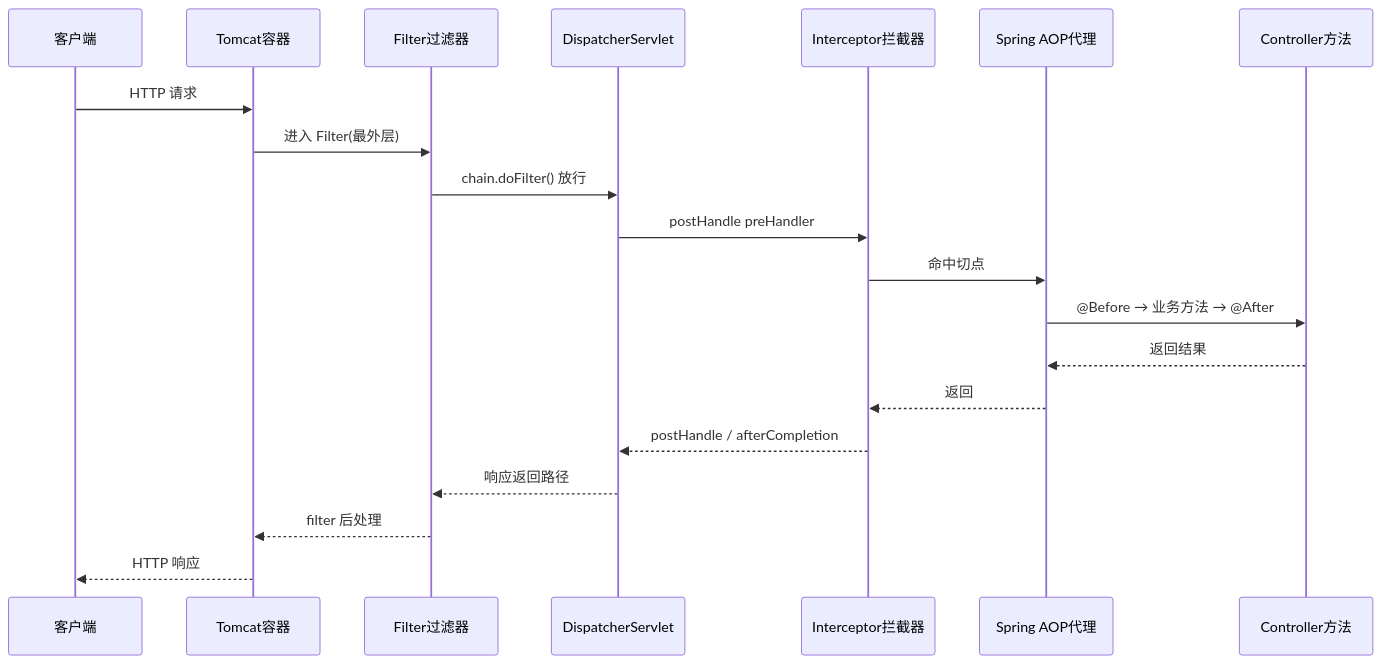
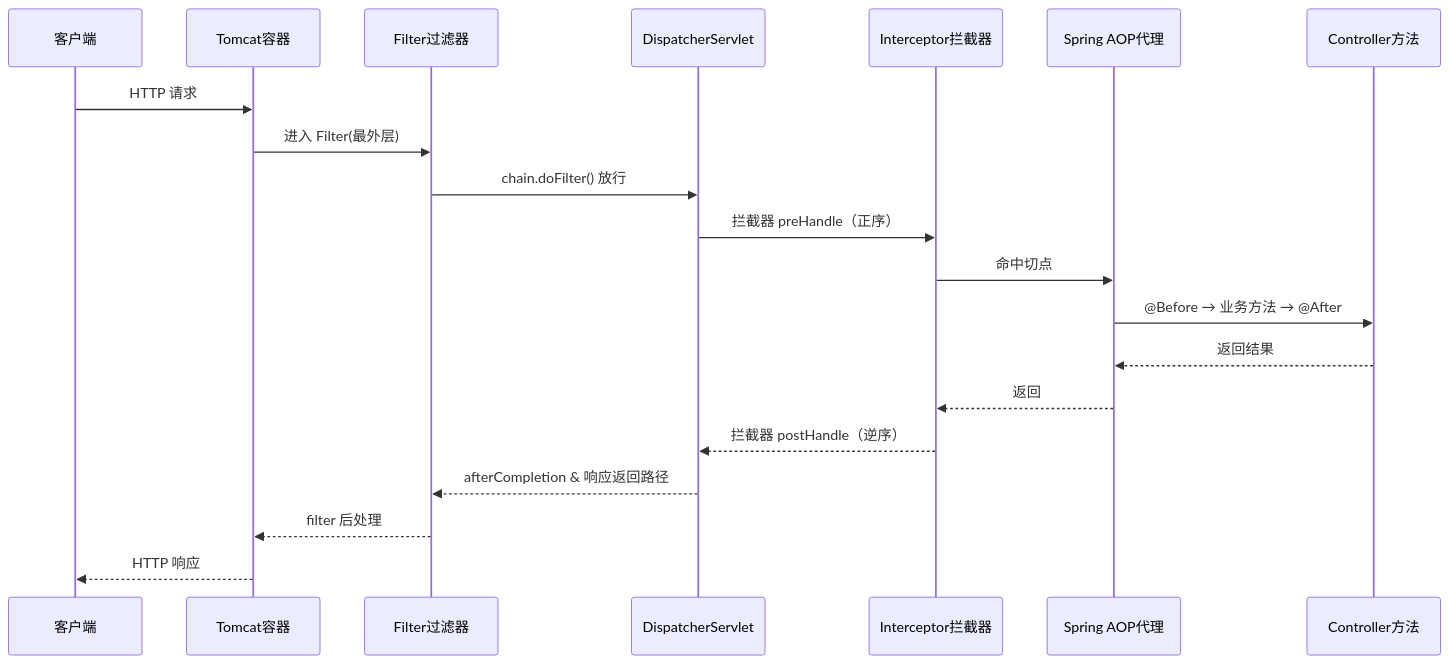
The first of 2 diagrams in Java/spring/15-Filter过滤器详解与三层对比.md (plyrlub/notebook), drawn with Mermaid before and after one commit. The commit also changed 1 other file, not shown here.

Commit message:
同步修正postHandle归属:03/15时序图DispatcherServlet回退逆序调拦截器

````diff
--- a/Java/spring/15-Filter过滤器详解与三层对比.md
+++ b/Java/spring/15-Filter过滤器详解与三层对比.md
@@ -161,23 +161,23 @@
 ```mermaid
 sequenceDiagram
     participant C as 客户端
     participant T as Tomcat容器
     participant F as Filter过滤器
     participant DS as DispatcherServlet
     participant I as Interceptor拦截器
     participant AOP as Spring AOP代理
     participant M as Controller方法
 
     C->>T: HTTP 请求
     T->>F: 进入 Filter(最外层)
     F->>DS: chain.doFilter() 放行
-    DS->>I: postHandle preHandler
+    DS->>I: 拦截器 preHandle（正序）
     I->>AOP: 命中切点
     AOP->>M: @Before → 业务方法 → @After
     M-->>AOP: 返回结果
     AOP-->>I: 返回
-    I-->>DS: postHandle / afterCompletion
-    DS-->>F: 响应返回路径
+    I-->>DS: 拦截器 postHandle（逆序）
+    DS-->>F: afterCompletion & 响应返回路径
     F-->>T: filter 后处理
     T-->>C: HTTP 响应
 ```
````
